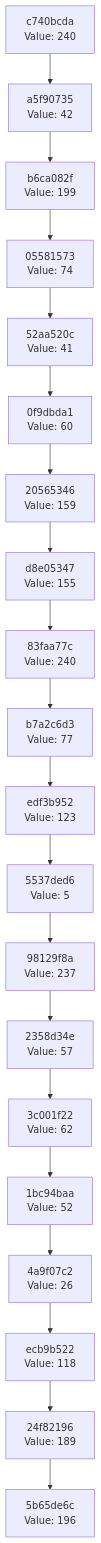
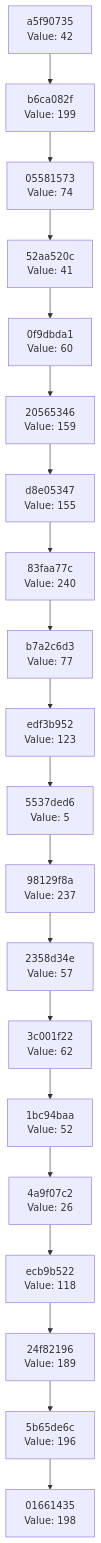
The diagram in docs/CHAIN_VISUALIZATION.md (Abhisheksinha1506/hash-chain-evolver), drawn with Mermaid before and after one commit. The commit also changed 3 other files, not shown here.

````diff
--- a/docs/CHAIN_VISUALIZATION.md
+++ b/docs/CHAIN_VISUALIZATION.md
@@ -3,42 +3,42 @@
 ```mermaid
 graph TD
-    C0["5b65de6c<br/>Value: 196"]
-    C1["24f82196<br/>Value: 189"]
+    C0["01661435<br/>Value: 198"]
+    C1["5b65de6c<br/>Value: 196"]
     C1 --> C0
-    C2["ecb9b522<br/>Value: 118"]
+    C2["24f82196<br/>Value: 189"]
     C2 --> C1
-    C3["4a9f07c2<br/>Value: 26"]
+    C3["ecb9b522<br/>Value: 118"]
     C3 --> C2
-    C4["1bc94baa<br/>Value: 52"]
+    C4["4a9f07c2<br/>Value: 26"]
     C4 --> C3
-    C5["3c001f22<br/>Value: 62"]
+    C5["1bc94baa<br/>Value: 52"]
     C5 --> C4
-    C6["2358d34e<br/>Value: 57"]
+    C6["3c001f22<br/>Value: 62"]
     C6 --> C5
-    C7["98129f8a<br/>Value: 237"]
+    C7["2358d34e<br/>Value: 57"]
     C7 --> C6
-    C8["5537ded6<br/>Value: 5"]
+    C8["98129f8a<br/>Value: 237"]
     C8 --> C7
-    C9["edf3b952<br/>Value: 123"]
+    C9["5537ded6<br/>Value: 5"]
     C9 --> C8
-    C10["b7a2c6d3<br/>Value: 77"]
+    C10["edf3b952<br/>Value: 123"]
     C10 --> C9
-    C11["83faa77c<br/>Value: 240"]
+    C11["b7a2c6d3<br/>Value: 77"]
     C11 --> C10
-    C12["d8e05347<br/>Value: 155"]
+    C12["83faa77c<br/>Value: 240"]
     C12 --> C11
-    C13["20565346<br/>Value: 159"]
+    C13["d8e05347<br/>Value: 155"]
     C13 --> C12
-    C14["0f9dbda1<br/>Value: 60"]
+    C14["20565346<br/>Value: 159"]
     C14 --> C13
-    C15["52aa520c<br/>Value: 41"]
+    C15["0f9dbda1<br/>Value: 60"]
     C15 --> C14
-    C16["05581573<br/>Value: 74"]
+    C16["52aa520c<br/>Value: 41"]
     C16 --> C15
-    C17["b6ca082f<br/>Value: 199"]
+    C17["05581573<br/>Value: 74"]
     C17 --> C16
-    C18["a5f90735<br/>Value: 42"]
+    C18["b6ca082f<br/>Value: 199"]
     C18 --> C17
-    C19["c740bcda<br/>Value: 240"]
+    C19["a5f90735<br/>Value: 42"]
     C19 --> C18
 ```
````
